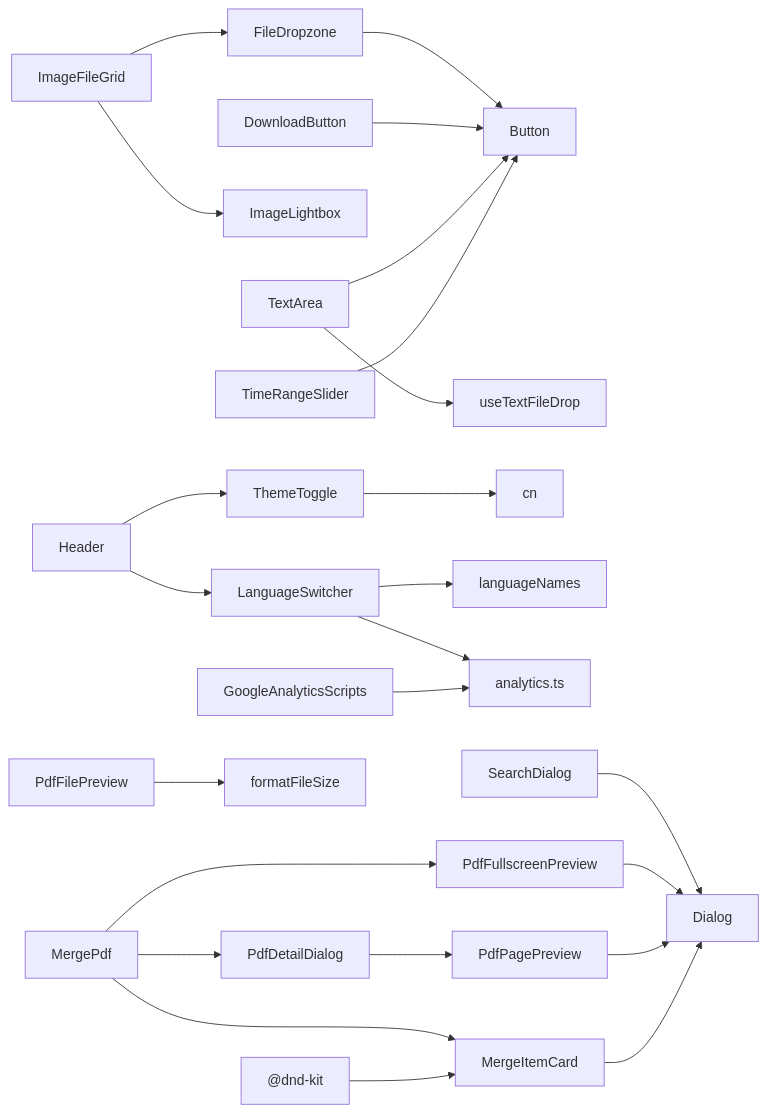
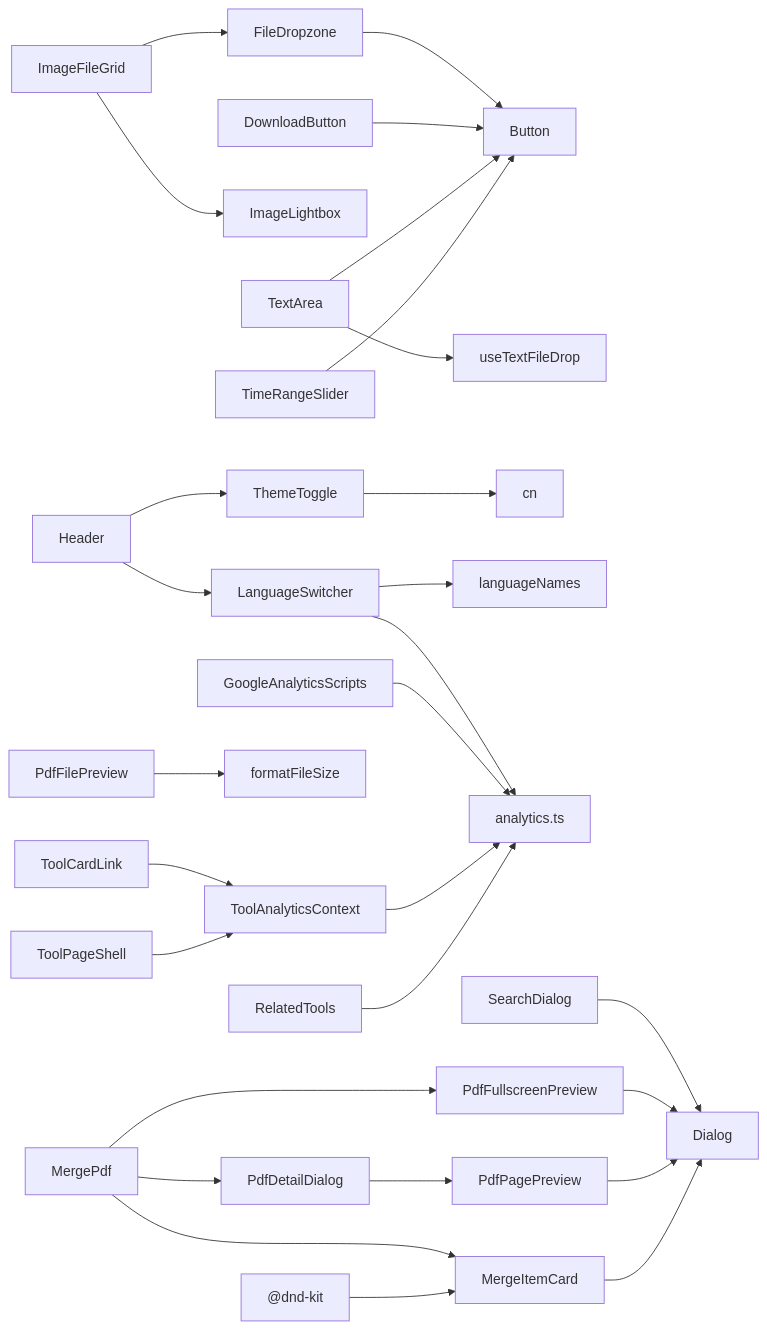
One commit to sgyy/privadeck changed the seventh of 7 diagrams in .qoder/repowiki/zh/content/UI组件系统/共享组件/共享组件.md. Above: the diagram before and after it, drawn with Mermaid. The commit also changed other lines of this file and 4 other files, not shown here.

````diff
--- a/.qoder/repowiki/zh/content/UI组件系统/共享组件/共享组件.md
+++ b/.qoder/repowiki/zh/content/UI组件系统/共享组件/共享组件.md
@@ -1074,26 +1303,30 @@
 ```mermaid
 graph LR
 FDZ["FileDropzone"] --> BTN["Button"]
 DLB["DownloadButton"] --> BTN
 IFG["ImageFileGrid"] --> FDZ
 IFG --> ILB["ImageLightbox"]
 TA["TextArea"] --> BTN
 TA --> UTEXT["useTextFileDrop"]
 TT["ThemeToggle"] --> CN["cn"]
 LS["LanguageSwitcher"] --> LANGNAMES["languageNames"]
 LS --> ANALYTICS["analytics.ts"]
 SD["SearchDialog"] --> DLG["Dialog"]
 HDR["Header"] --> LS
 HDR --> TT
 GAS["GoogleAnalyticsScripts"] --> ANALYTICS
 TRS["TimeRangeSlider"] --> BTN
 PFP["PdfFullscreenPreview"] --> DLG
 PFPV["PdfFilePreview"] --> FS["formatFileSize"]
 PPP["PdfPagePreview"] --> DLG
 MIC["MergeItemCard"] --> DLG
 PDD["PdfDetailDialog"] --> PPP
 MPDF["MergePdf"] --> MIC
 MPDF --> PDD
 MPDF --> PFP
+TAC["ToolAnalyticsContext"] --> ANALYTICS
+TCL["ToolCardLink"] --> TAC
+TPS["ToolPageShell"] --> TAC
+RT["RelatedTools"] --> ANALYTICS
 DK["@dnd-kit"] --> MIC
 ```
````
